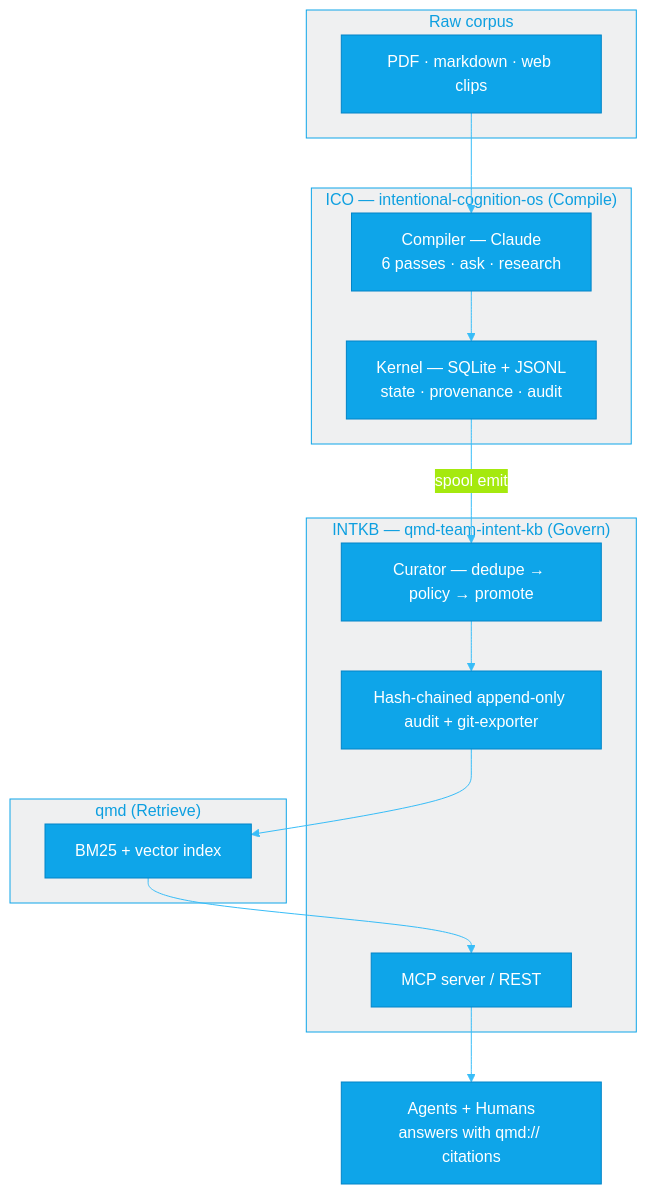
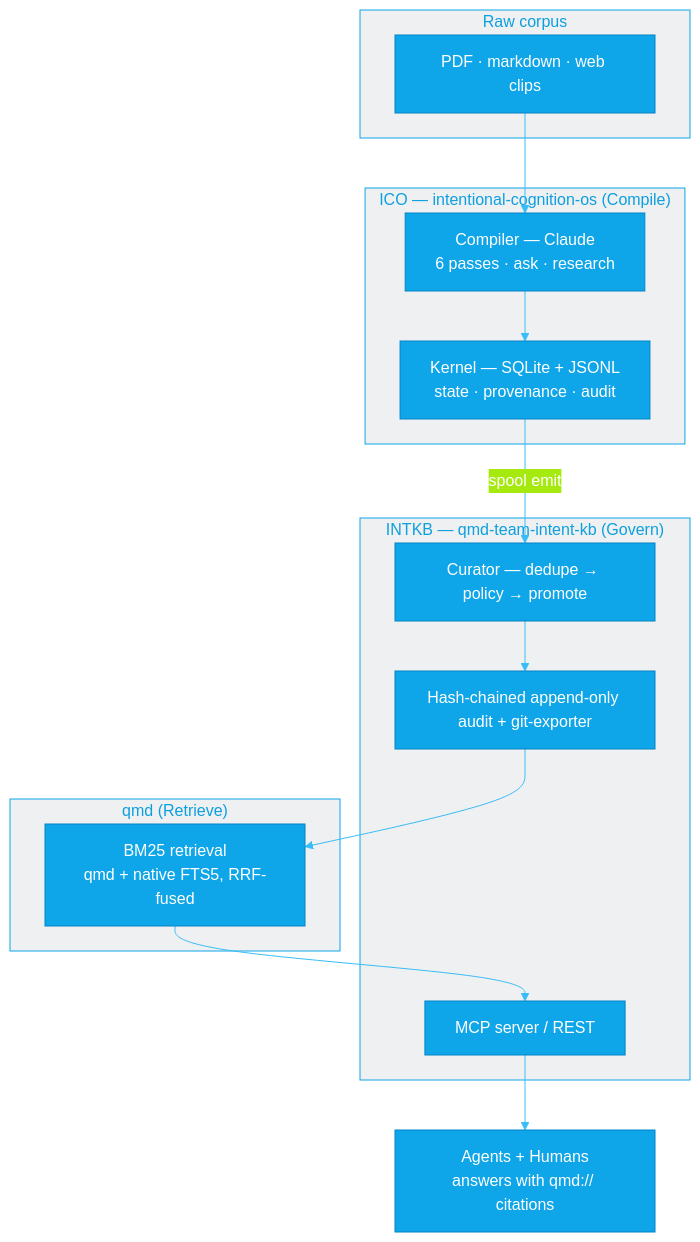
The third of 3 diagrams in README.md (intent-solutions-io/governed-second-brain), drawn with Mermaid before and after one commit. The commit also changed other lines of this file, not shown here.

````diff
--- a/README.md
+++ b/README.md
@@ -143,25 +143,25 @@
 ```mermaid
 %%{init: {'theme':'base','themeVariables':{
   'primaryColor':'#0ea5e9','primaryBorderColor':'#0284c7','primaryTextColor':'#ffffff',
   'lineColor':'#38bdf8','clusterBkg':'#0c192910','clusterBorder':'#0ea5e9'}}}%%
 flowchart TB
     subgraph SRC["Raw corpus"]
         D["PDF · markdown · web clips"]
     end
     subgraph ICO["ICO — intentional-cognition-os (Compile)"]
         K["Kernel — SQLite + JSONL<br/>state · provenance · audit"]
         C["Compiler — Claude<br/>6 passes · ask · research"]
     end
     subgraph KB["INTKB — qmd-team-intent-kb (Govern)"]
         CUR["Curator — dedupe → policy → promote"]
         AUD["Hash-chained append-only audit + git-exporter"]
         MCP["MCP server / REST"]
     end
     subgraph QMD["qmd (Retrieve)"]
-        IDX["BM25 + vector index"]
+        IDX["BM25 retrieval<br/>qmd + native FTS5, RRF-fused"]
     end
     D --> C --> K
     K -->|spool emit| CUR
     CUR --> AUD --> IDX
     IDX --> MCP --> Out["Agents + Humans<br/>answers with qmd:// citations"]
 ```
````
